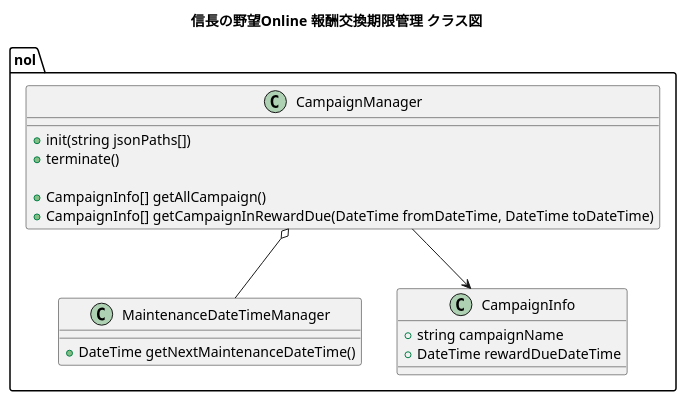
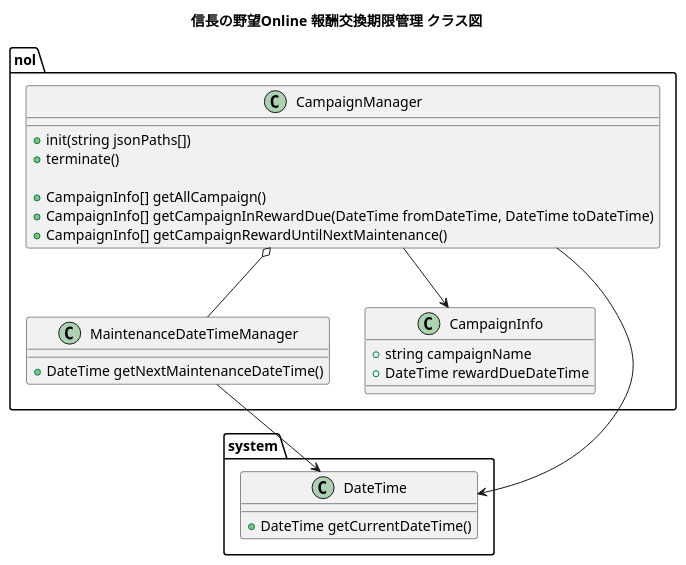
One commit to MinoruSekine/nol_rewards_due changed the diagram in uml/class.pu. Above: the diagram before and after it, drawn with PlantUML.

Commit message:
uml: Updated class diagram.

```diff
--- a/uml/class.pu
+++ b/uml/class.pu
@@ -1,27 +1,37 @@
 @startuml
 
 title 信長の野望Online 報酬交換期限管理 クラス図
 
 namespace nol {
   class MaintenanceDateTimeManager {
     +DateTime getNextMaintenanceDateTime()
   }
 
   class CampaignInfo {
     +string campaignName
     +DateTime rewardDueDateTime
   }
 
   class CampaignManager {
     +init(string jsonPaths[])
     +terminate()
 
     +CampaignInfo[] getAllCampaign()
     +CampaignInfo[] getCampaignInRewardDue(DateTime fromDateTime, DateTime toDateTime)
+    +CampaignInfo[] getCampaignRewardUntilNextMaintenance()
+  }
+}
+
+namespace system {
+  class DateTime {
+    +DateTime getCurrentDateTime()
   }
 }
 
 CampaignManager --> CampaignInfo
 CampaignManager o-- MaintenanceDateTimeManager
+CampaignManager ---> DateTime
+
+MaintenanceDateTimeManager --> DateTime
 
 @enduml
```
